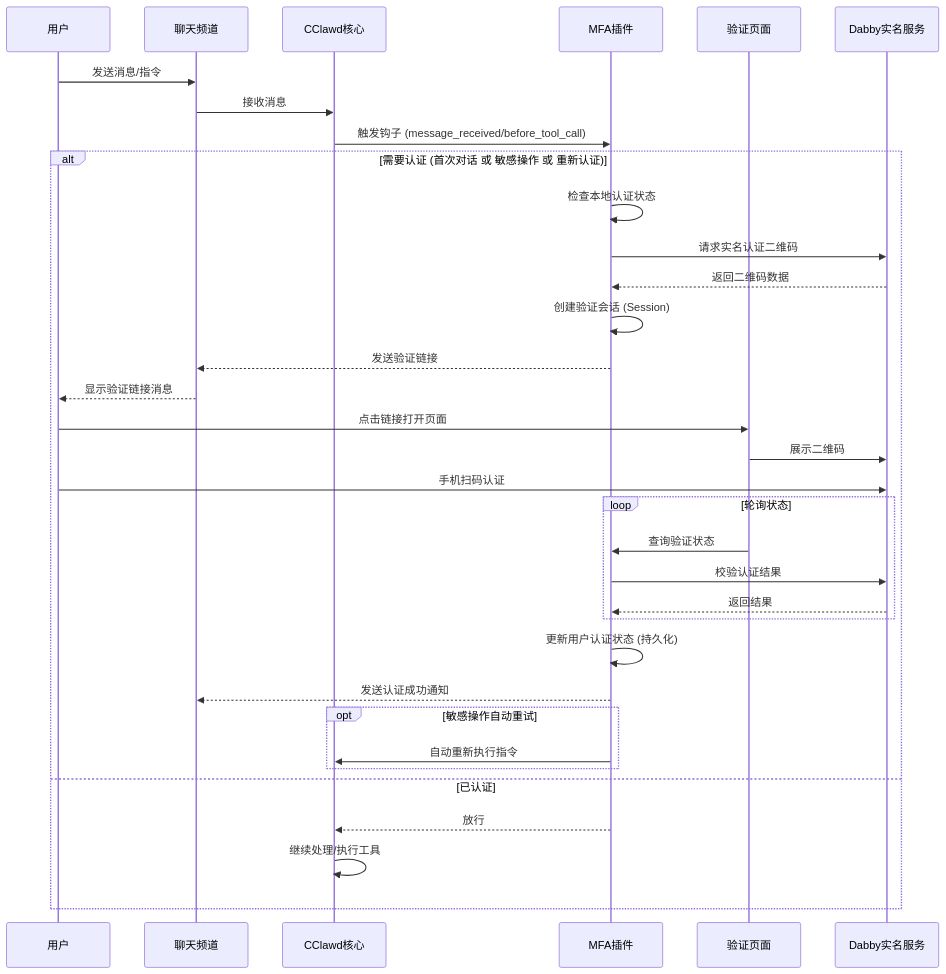
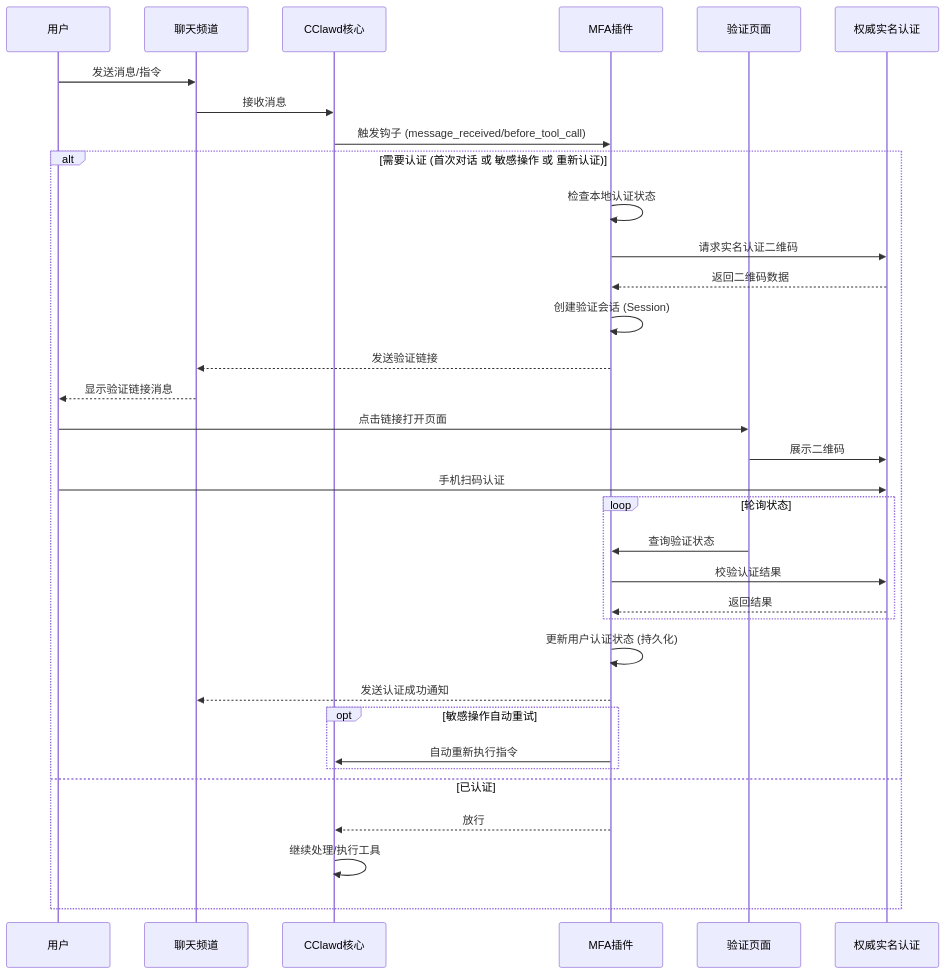
The diagram in extensions/mfa-auth/README.md (cclawd007/cclawd), drawn with Mermaid before and after one commit. The commit also changed other lines of this file, not shown here.

````diff
--- a/extensions/mfa-auth/README.md
+++ b/extensions/mfa-auth/README.md
@@ -27,42 +27,42 @@
 ```mermaid
 sequenceDiagram
     participant User as 用户
     participant Channel as 聊天频道
     participant CClawd as CClawd核心
     participant Plugin as MFA插件
     participant Browser as 验证页面
-    participant Dabby as Dabby实名服务
+    participant 权威实名认证 as 权威实名认证
 
     User->>Channel: 发送消息/指令
     Channel->>CClawd: 接收消息
     CClawd->>Plugin: 触发钩子 (message_received/before_tool_call)
 
     alt 需要认证 (首次对话 或 敏感操作 或 重新认证)
         Plugin->>Plugin: 检查本地认证状态
-        Plugin->>Dabby: 请求实名认证二维码
-        Dabby-->>Plugin: 返回二维码数据
+        Plugin->>权威实名认证: 请求实名认证二维码
+        权威实名认证-->>Plugin: 返回二维码数据
         Plugin->>Plugin: 创建验证会话 (Session)
         Plugin-->>Channel: 发送验证链接
         Channel-->>User: 显示验证链接消息
 
         User->>Browser: 点击链接打开页面
-        Browser->>Dabby: 展示二维码
-        User->>Dabby: 手机扫码认证
+        Browser->>权威实名认证: 展示二维码
+        User->>权威实名认证: 手机扫码认证
 
         loop 轮询状态
             Browser->>Plugin: 查询验证状态
-            Plugin->>Dabby: 校验认证结果
-            Dabby-->>Plugin: 返回结果
+            Plugin->>权威实名认证: 校验认证结果
+            权威实名认证-->>Plugin: 返回结果
         end
 
         Plugin->>Plugin: 更新用户认证状态 (持久化)
         Plugin-->>Channel: 发送认证成功通知
 
         opt 敏感操作自动重试
             Plugin->>CClawd: 自动重新执行指令
         end
     else 已认证
         Plugin-->>CClawd: 放行
         CClawd->>CClawd: 继续处理/执行工具
     end
 ```
````
